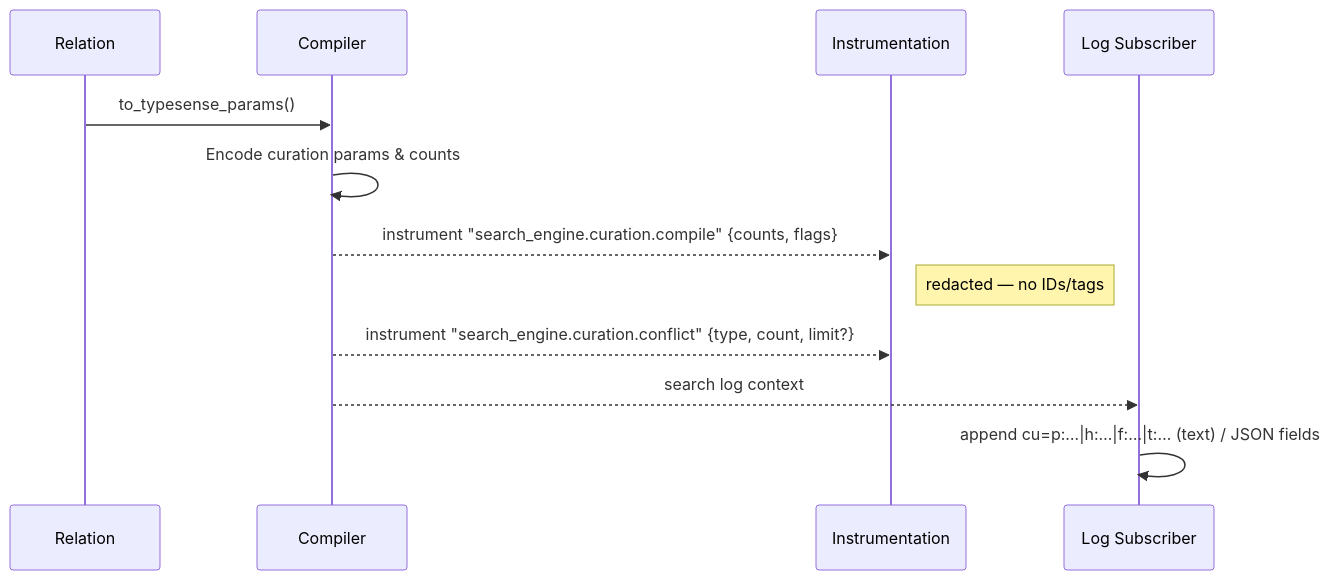
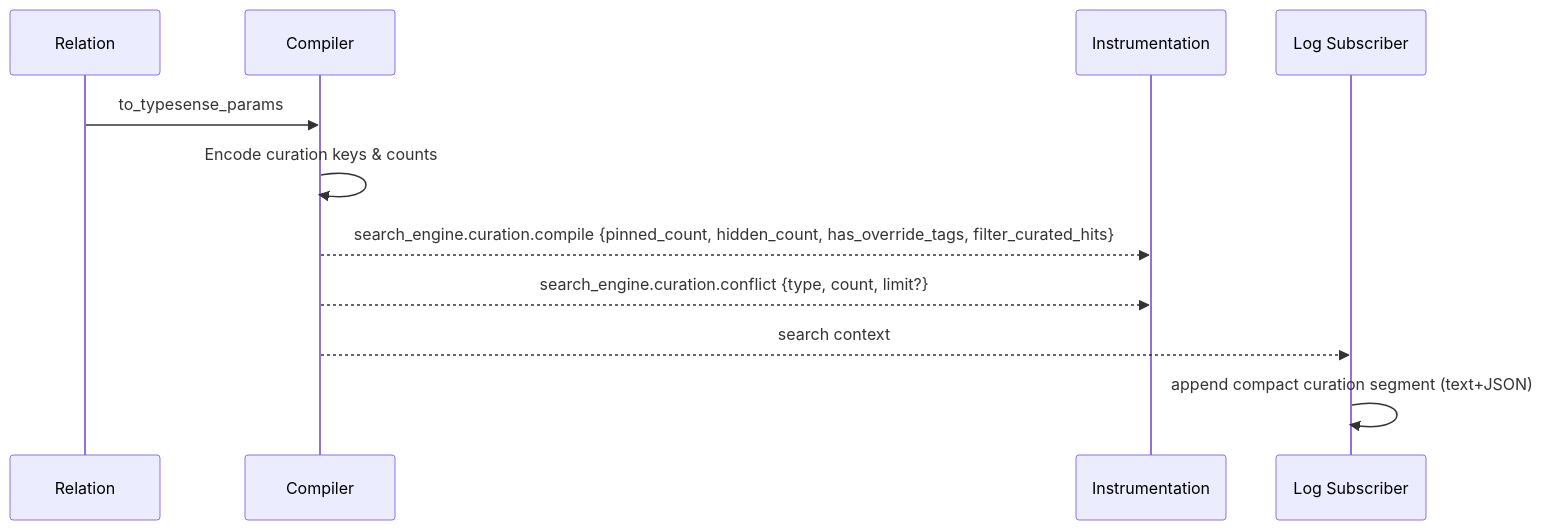
One commit to lstpsche/typesense-search-engine changed the third of 3 diagrams in docs/curation.md. Above: the diagram before and after it, drawn with Mermaid. The commit also changed other lines of this file and 10 other files, not shown here.

````diff
--- a/docs/curation.md
+++ b/docs/curation.md
@@ -181,15 +177,14 @@
 ```mermaid
 sequenceDiagram
   participant R as Relation
   participant C as Compiler
   participant I as Instrumentation
   participant L as Log Subscriber
 
-  R->>C: to_typesense_params()
-  C->>C: Encode curation params & counts
-  C-->>I: instrument "search_engine.curation.compile" {counts, flags}
-  Note right of I: redacted — no IDs/tags
-  C-->>I: instrument "search_engine.curation.conflict" {type, count, limit?}
-  C-->>L: search log context
-  L->>L: append cu=p:…|h:…|f:…|t:… (text) / JSON fields
+  R->>C: to_typesense_params
+  C->>C: Encode curation keys & counts
+  C-->>I: search_engine.curation.compile {pinned_count, hidden_count, has_override_tags, filter_curated_hits}
+  C-->>I: search_engine.curation.conflict {type, count, limit?}
+  C-->>L: search context
+  L->>L: append compact curation segment (text+JSON)
 ```
````
